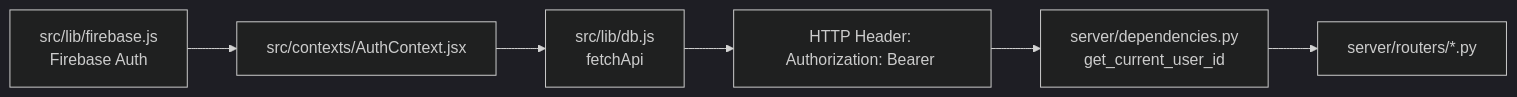
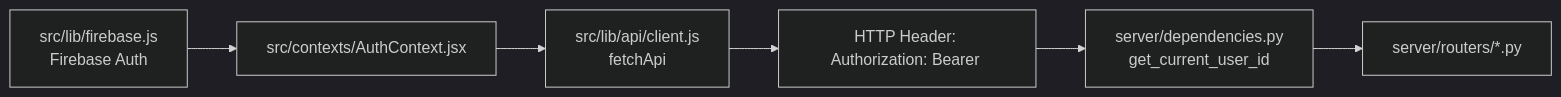
One commit to Shawn-csy/write_project changed diagram 12 of 15 in docs/product/data-flows.md. Above: the diagram before and after it, drawn with Mermaid (dark theme). The commit also changed other lines of this file and 113 other files, not shown here.

````diff
--- a/docs/product/data-flows.md
+++ b/docs/product/data-flows.md
@@ -209,8 +209,8 @@
 ```mermaid
 flowchart LR
   A[src/lib/firebase.js\nFirebase Auth] --> B[src/contexts/AuthContext.jsx]
-  B --> C[src/lib/db.js\nfetchApi]
+  B --> C[src/lib/api/client.js\nfetchApi]
   C --> D[HTTP Header: Authorization: Bearer <id_token>]
   D --> E[server/dependencies.py\nget_current_user_id]
   E --> F[server/routers/*.py]
 ```
````
